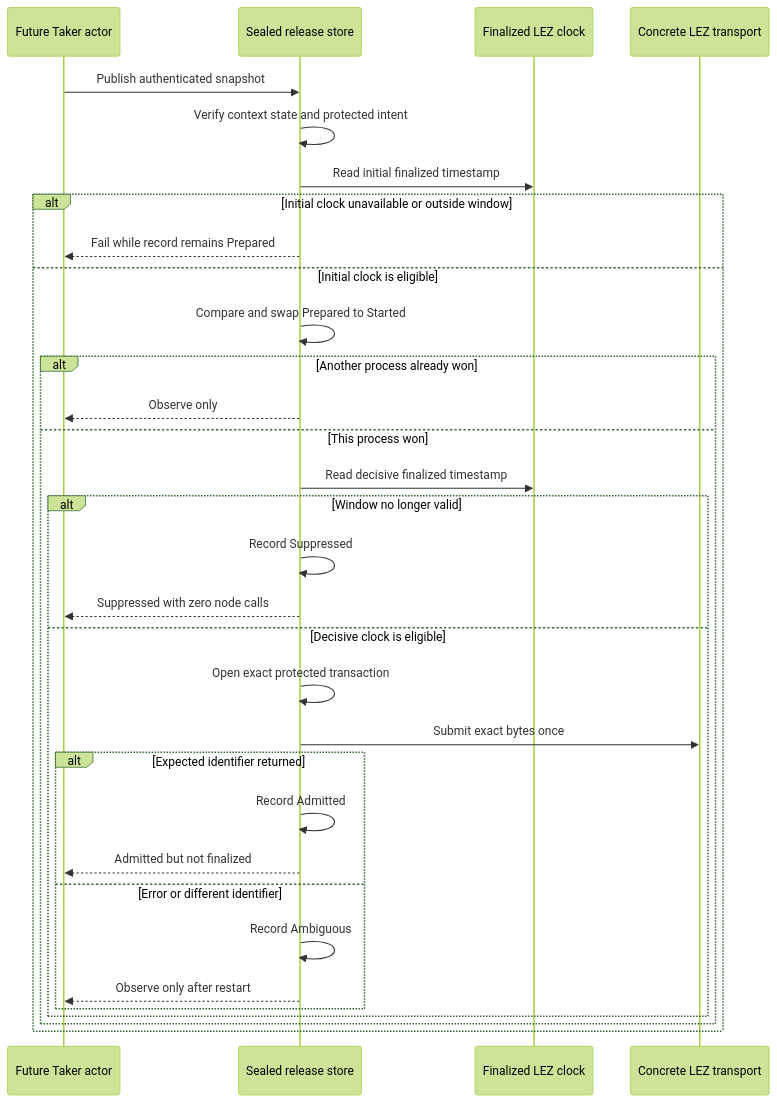
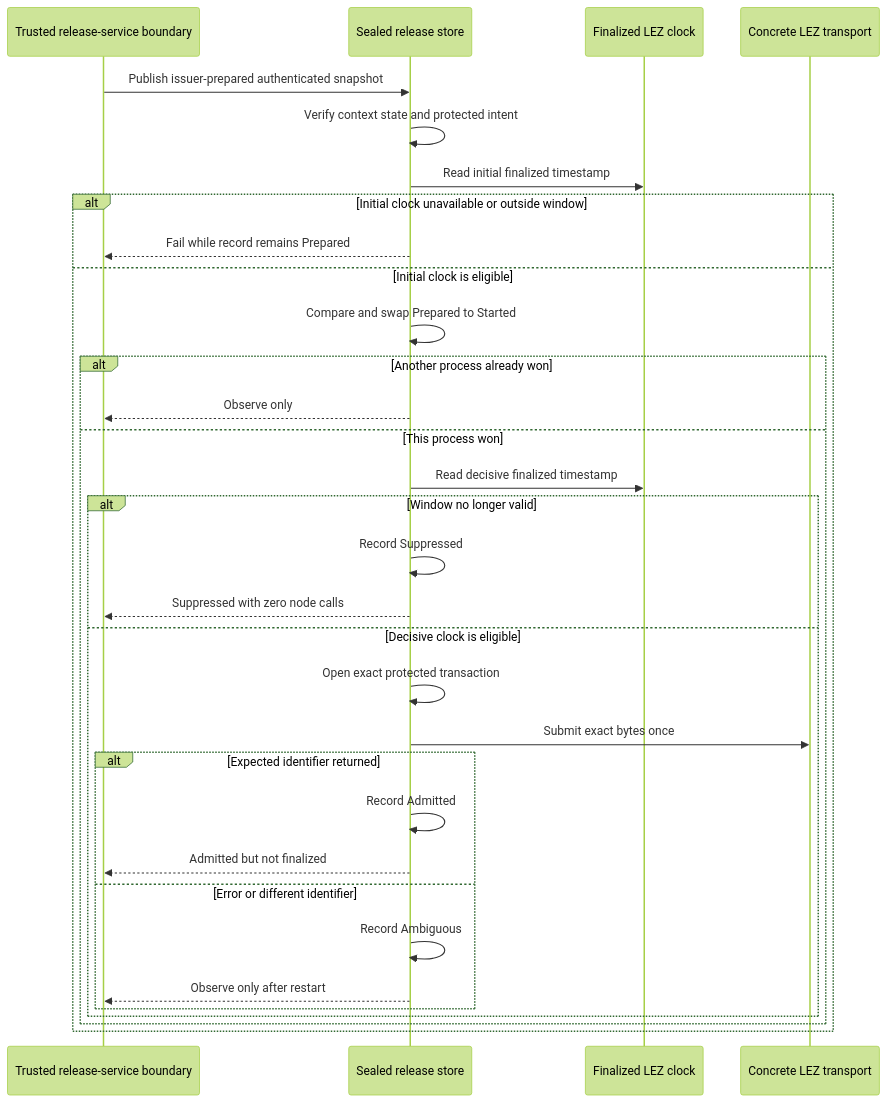
Before and after one commit to gateway-fm/lez-atomic-swaps: the second of 2 diagrams in docs/architecture/0064-gate-xmr-publication-through-sealed-journal.md, drawn with Mermaid (forest theme). The commit also changed other lines of this file and 21 other files, not shown here.

````diff
--- a/docs/architecture/0064-gate-xmr-publication-through-sealed-journal.md
+++ b/docs/architecture/0064-gate-xmr-publication-through-sealed-journal.md
@@ -67,35 +71,35 @@
 ```mermaid
 sequenceDiagram
-    participant TakerActor as Future Taker actor
+    participant Release as Trusted release-service boundary
     participant Store as Sealed release store
     participant Clock as Finalized LEZ clock
     participant Node as Concrete LEZ transport
 
-    TakerActor->>Store: Publish authenticated snapshot
+    Release->>Store: Publish issuer-prepared authenticated snapshot
     Store->>Store: Verify context state and protected intent
     Store->>Clock: Read initial finalized timestamp
     alt Initial clock unavailable or outside window
-        Store-->>TakerActor: Fail while record remains Prepared
+        Store-->>Release: Fail while record remains Prepared
     else Initial clock is eligible
         Store->>Store: Compare and swap Prepared to Started
         alt Another process already won
-            Store-->>TakerActor: Observe only
+            Store-->>Release: Observe only
         else This process won
             Store->>Clock: Read decisive finalized timestamp
             alt Window no longer valid
                 Store->>Store: Record Suppressed
-                Store-->>TakerActor: Suppressed with zero node calls
+                Store-->>Release: Suppressed with zero node calls
             else Decisive clock is eligible
                 Store->>Store: Open exact protected transaction
                 Store->>Node: Submit exact bytes once
                 alt Expected identifier returned
                     Store->>Store: Record Admitted
-                    Store-->>TakerActor: Admitted but not finalized
+                    Store-->>Release: Admitted but not finalized
                 else Error or different identifier
                     Store->>Store: Record Ambiguous
-                    Store-->>TakerActor: Observe only after restart
+                    Store-->>Release: Observe only after restart
                 end
             end
         end
     end
 ```
````
